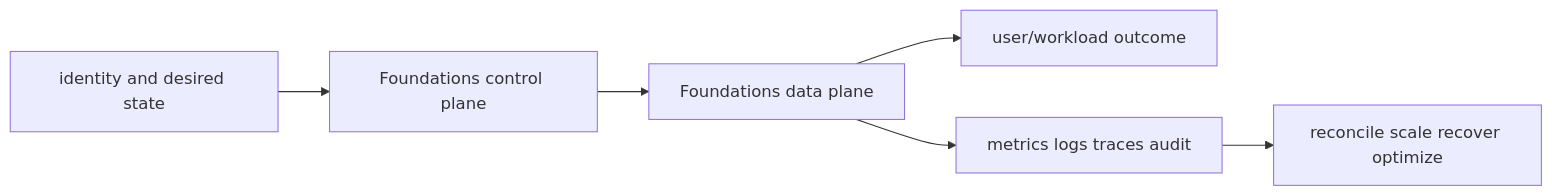
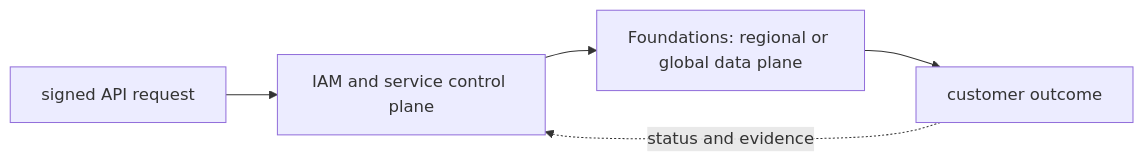
The second of 2 diagrams in 07-aws/01-foundations/README.md (tomkidumbuyo/DevOps-interview-preparation), drawn with Mermaid before and after one commit. The commit also changed other lines of this file and 753 other files, not shown here.

````diff
--- a/07-aws/01-foundations/README.md
+++ b/07-aws/01-foundations/README.md
@@ -39,8 +50,7 @@
 ```mermaid
 flowchart LR
-  I[identity and desired state] --> C[Foundations control plane]
-  C --> D[Foundations data plane]
-  D --> U[user/workload outcome]
-  D --> O[metrics logs traces audit]
-  O --> R[reconcile scale recover optimize]
+  A["signed API request"] --> B["IAM and service control plane"]
+  B --> C["Foundations: regional or global data plane"]
+  C --> D["customer outcome"]
+  D -. "status and evidence" .-> B
 ```
````
